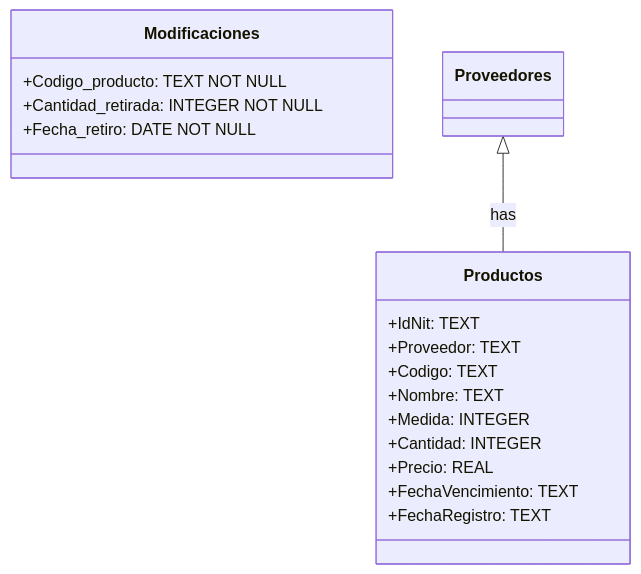
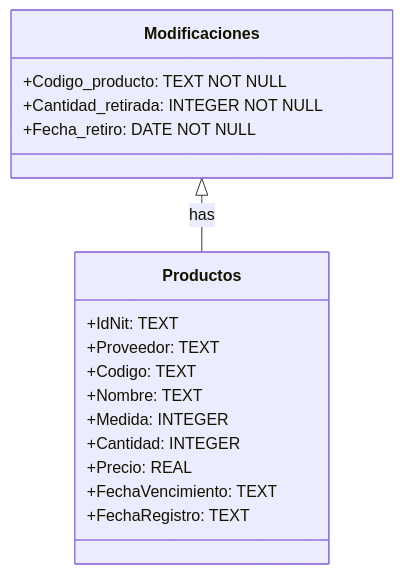
Before and after one commit to MariaAleja05/IndusStock: the second of 3 diagrams in README.md, drawn with Mermaid. The commit also changed other lines of this file, not shown here.

````diff
--- a/README.md
+++ b/README.md
@@ -105,22 +105,22 @@
 ```mermaid
 classDiagram
     class Modificaciones {
         +Codigo_producto: TEXT NOT NULL
         +Cantidad_retirada: INTEGER NOT NULL
         +Fecha_retiro: DATE NOT NULL
     }
 
     class Productos {
         +IdNit: TEXT
         +Proveedor: TEXT
         +Codigo: TEXT
         +Nombre: TEXT
         +Medida: INTEGER
         +Cantidad: INTEGER
         +Precio: REAL
         +FechaVencimiento: TEXT
         +FechaRegistro: TEXT
     }
 
-    Proveedores <|-- Productos: has
+    Modificaciones <|-- Productos: has
 ```
````
